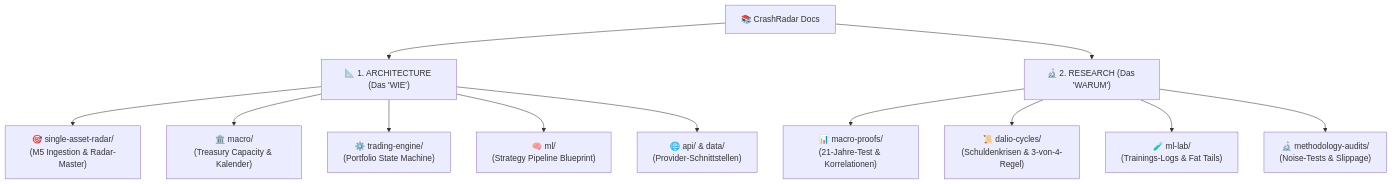
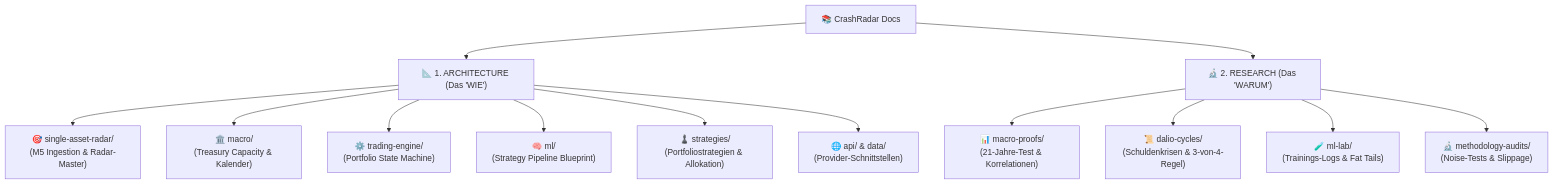
One commit to jahnhane1980/CrashRadar changed the diagram in docs/README.md. Above: the diagram before and after it, drawn with Mermaid. The commit also changed other lines of this file and 17 other files, not shown here.

````diff
--- a/docs/README.md
+++ b/docs/README.md
@@ -10,18 +10,19 @@
 ```mermaid
 flowchart TD
     Index["📚 CrashRadar Docs"]
     
     Index --> Arch["📐 1. ARCHITECTURE (Das 'WIE')"]
     Index --> Res["🔬 2. RESEARCH (Das 'WARUM')"]
     
     Arch --> A1["🎯 single-asset-radar/<br>(M5 Ingestion & Radar-Master)"]
     Arch --> A2["🏛️ macro/<br>(Treasury Capacity & Kalender)"]
     Arch --> A3["⚙️ trading-engine/<br>(Portfolio State Machine)"]
     Arch --> A4["🧠 ml/<br>(Strategy Pipeline Blueprint)"]
-    Arch --> A5["🌐 api/ & data/<br>(Provider-Schnittstellen)"]
+    Arch --> A5["♟️ strategies/<br>(Portfoliostrategien & Allokation)"]
+    Arch --> A6["🌐 api/ & data/<br>(Provider-Schnittstellen)"]
     
     Res --> R1["📊 macro-proofs/<br>(21-Jahre-Test & Korrelationen)"]
     Res --> R2["📜 dalio-cycles/<br>(Schuldenkrisen & 3-von-4-Regel)"]
     Res --> R3["🧪 ml-lab/<br>(Trainings-Logs & Fat Tails)"]
     Res --> R4["🔬 methodology-audits/<br>(Noise-Tests & Slippage)"]
 ```
````
